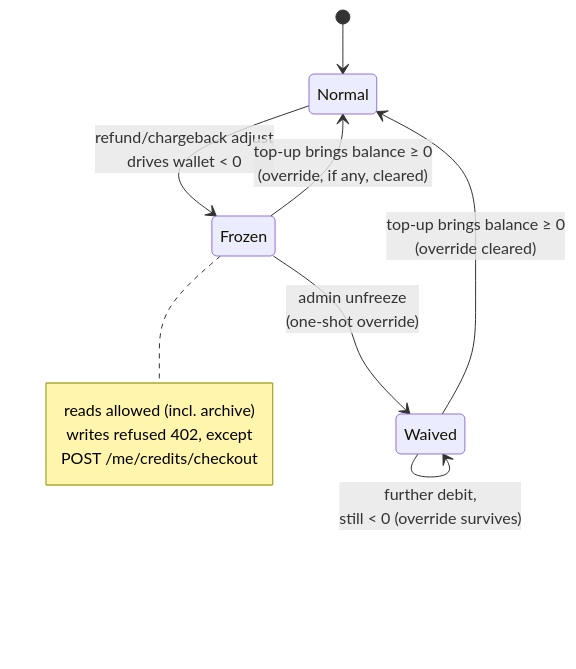
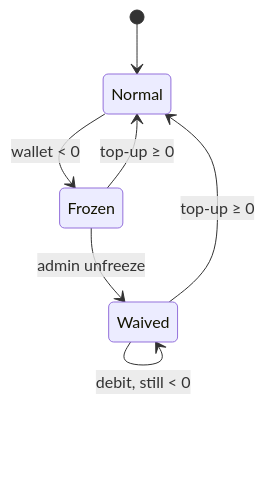
The fourth of 4 diagrams in specs/022-money-comes-in-without-an-admin.md (latere-ai/replichai), drawn with Mermaid before and after one commit. The commit also changed other lines of this file, not shown here.

Commit message:
specs(022): redraw the freeze lifecycle diagram — short labels, no floating note

````diff
--- a/specs/022-money-comes-in-without-an-admin.md
+++ b/specs/022-money-comes-in-without-an-admin.md
@@ -204,14 +204,9 @@
 ```mermaid
 stateDiagram-v2
     [*] --> Normal
-    Normal --> Frozen: refund/chargeback adjust<br/>drives wallet < 0
-    Frozen --> Normal: top-up brings balance ≥ 0<br/>(override, if any, cleared)
-    Frozen --> Waived: admin unfreeze<br/>(one-shot override)
-    Waived --> Waived: further debit,<br/>still < 0 (override survives)
-    Waived --> Normal: top-up brings balance ≥ 0<br/>(override cleared)
-    note right of Frozen
-        reads allowed (incl. archive)
-        writes refused 402, except
-        POST /me/credits/checkout
-    end note
+    Normal --> Frozen: wallet < 0
+    Frozen --> Normal: top-up ≥ 0
+    Frozen --> Waived: admin unfreeze
+    Waived --> Waived: debit, still < 0
+    Waived --> Normal: top-up ≥ 0
 ```
````
